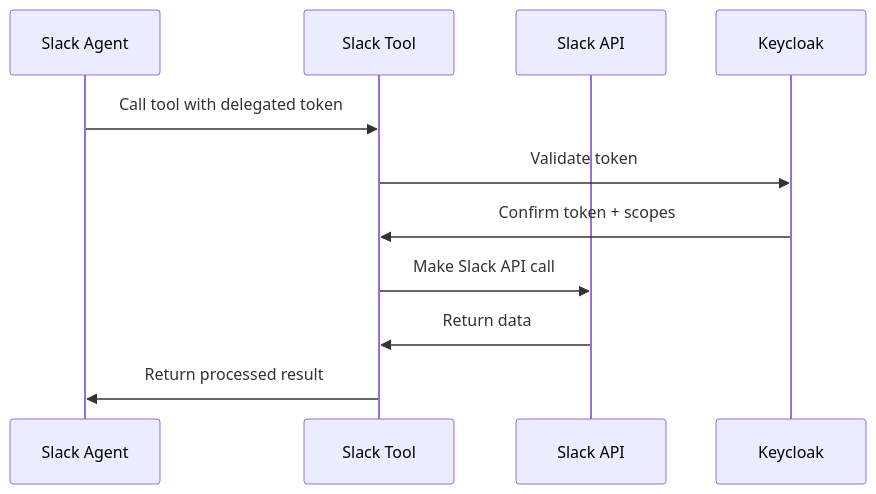
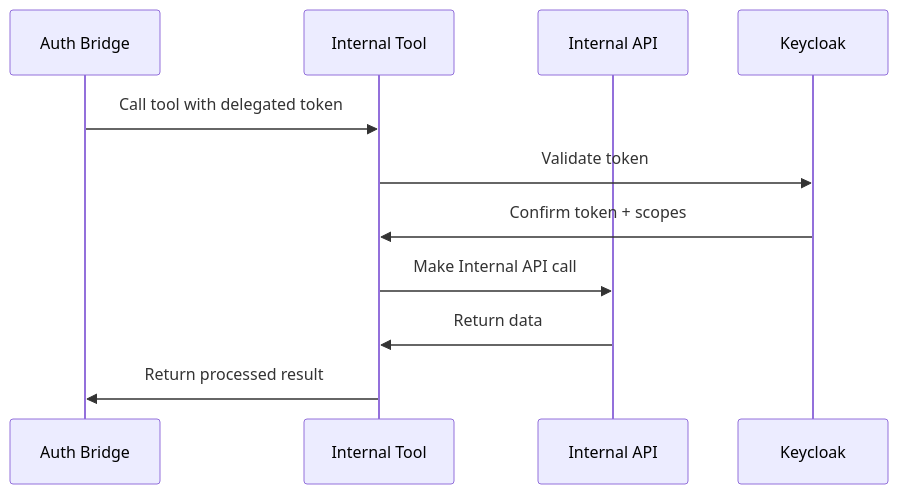
One commit to pdettori/kagenti changed the diagram in docs/diagrams/03-tool-access-delegated-token-flow.mmd. Above: the diagram before and after it, drawn with Mermaid. The commit also changed 10 other files, not shown here.

```diff
--- a/docs/diagrams/03-tool-access-delegated-token-flow.mmd
+++ b/docs/diagrams/03-tool-access-delegated-token-flow.mmd
@@ -1,12 +1,12 @@
 sequenceDiagram
-    participant Agent as Slack Agent
-    participant Tool as Slack Tool
-    participant API as Slack API
+    participant Agent as Auth Bridge
+    participant Tool as Internal Tool
+    participant API as Internal API
     participant KC as Keycloak
     
     Agent->>Tool: Call tool with delegated token
     Tool->>KC: Validate token
     KC->>Tool: Confirm token + scopes
-    Tool->>API: Make Slack API call
+    Tool->>API: Make Internal API call
     API->>Tool: Return data
     Tool->>Agent: Return processed result
```
